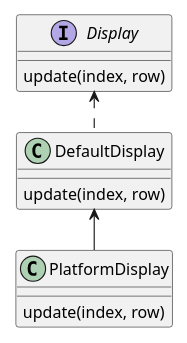
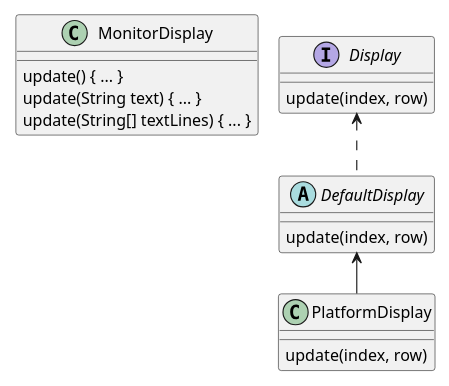
Before and after one commit to ThorstenEckstein/ma-wwi24ama: the diagram in module-classes/docs/diagrams/override.puml, drawn with PlantUML. The commit also changed 7 other files, not shown here.

```diff
--- a/module-classes/docs/diagrams/override.puml
+++ b/module-classes/docs/diagrams/override.puml
@@ -1,20 +1,26 @@
 @startuml
 !pragma layout smetana
 'https://plantuml.com/class-diagram
 
 scale 0.8
 
+class MonitorDisplay {
+  update() { ... }
+  update(String text) { ... }
+  update(String[] textLines) { ... }
+}
+
 interface Display {
   update(index, row)
 }
-class DefaultDisplay {
+abstract class DefaultDisplay {
   update(index, row)
 }
 class PlatformDisplay {
   update(index, row)
 }
 
 Display         <..   DefaultDisplay
 DefaultDisplay  <--   PlatformDisplay
 
 @enduml
```
